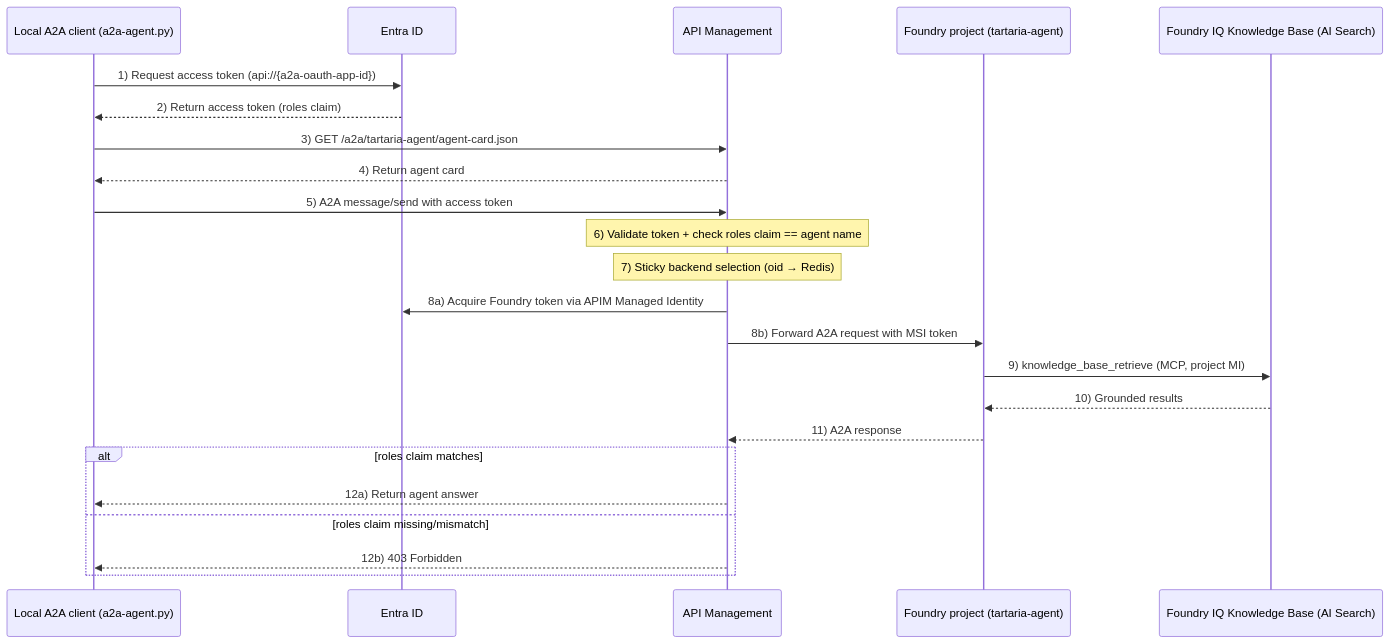
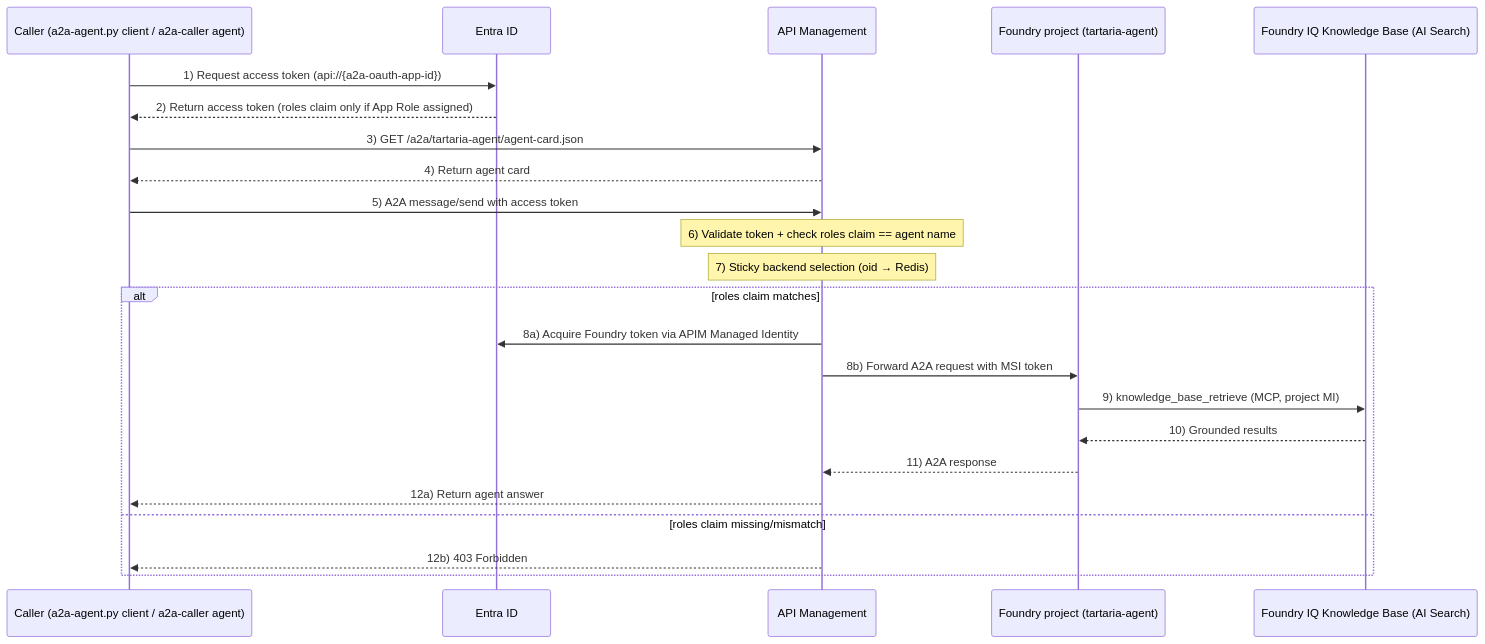
The diagram in README.md (apc-n-orita/apim-mcp-a2a-oauth), drawn with Mermaid before and after one commit. The commit also changed other lines of this file, not shown here.

First line of the commit message:
Merge Pattern 1/2 sequence diagrams into a single unified diagram (#4)

````diff
--- a/README.md
+++ b/README.md
@@ -20,30 +25,29 @@
 ```mermaid
 sequenceDiagram
-    participant Client as Local A2A client (a2a-agent.py)
+    participant Client as Caller (a2a-agent.py client / a2a-caller agent)
     participant Entra as Entra ID
     participant APIM as API Management
     participant Foundry as Foundry project (tartaria-agent)
     participant KB as Foundry IQ Knowledge Base (AI Search)
 
     Client->>Entra: 1) Request access token (api://{a2a-oauth-app-id})
-    Entra-->>Client: 2) Return access token (roles claim)
+    Entra-->>Client: 2) Return access token (roles claim only if App Role assigned)
 
     Client->>APIM: 3) GET /a2a/tartaria-agent/agent-card.json
     APIM-->>Client: 4) Return agent card
 
     Client->>APIM: 5) A2A message/send with access token
     Note over APIM: 6) Validate token + check roles claim == agent name
     Note over APIM: 7) Sticky backend selection (oid → Redis)
-    APIM->>Entra: 8a) Acquire Foundry token via APIM Managed Identity
-    APIM->>Foundry: 8b) Forward A2A request with MSI token
-
-    Foundry->>KB: 9) knowledge_base_retrieve (MCP, project MI)
-    KB-->>Foundry: 10) Grounded results
-    Foundry-->>APIM: 11) A2A response
 
     alt roles claim matches
+        APIM->>Entra: 8a) Acquire Foundry token via APIM Managed Identity
+        APIM->>Foundry: 8b) Forward A2A request with MSI token
+        Foundry->>KB: 9) knowledge_base_retrieve (MCP, project MI)
+        KB-->>Foundry: 10) Grounded results
+        Foundry-->>APIM: 11) A2A response
         APIM-->>Client: 12a) Return agent answer
     else roles claim missing/mismatch
         APIM-->>Client: 12b) 403 Forbidden
     end
 ```
````
